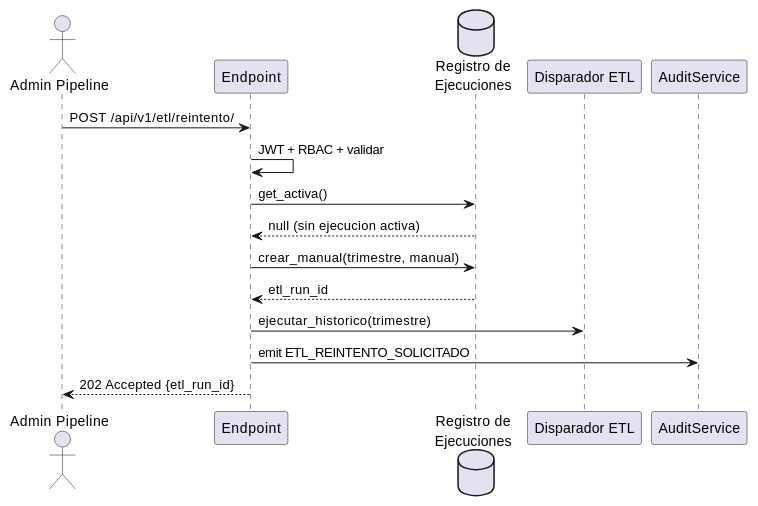
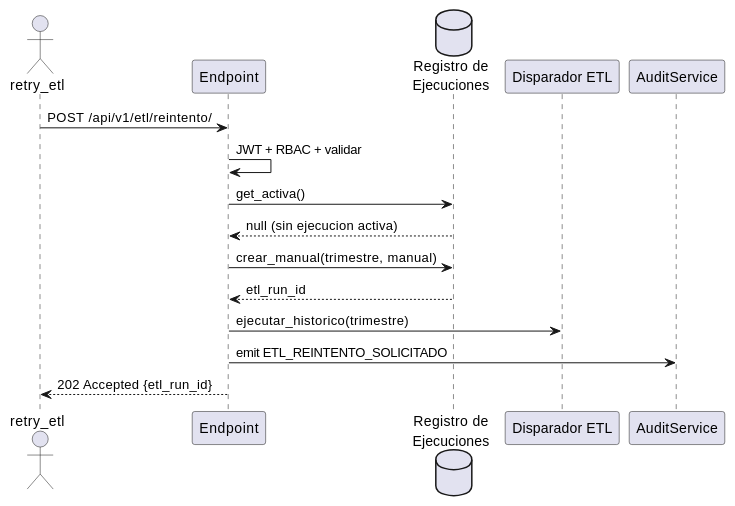
The fourth of 4 diagrams in source/requisitos/casos-uso/pipeline/uc-pip-04/diagramas-uml.rst (jcg-admin/IACT-docs), drawn with PlantUML before and after one commit. The commit also changed other lines of this file and 77 other files, not shown here.

First line of the commit message:
Enforce RBAC function names as actors in all UML diagrams

```diff
--- a/source/requisitos/casos-uso/pipeline/uc-pip-04/diagramas-uml.rst
+++ b/source/requisitos/casos-uso/pipeline/uc-pip-04/diagramas-uml.rst
@@ -59,18 +59,18 @@
 .. uml::
 
  @startuml
- actor "Admin Pipeline" as O
+ actor "retry_etl" as O
  participant "Endpoint" as E
  database "Registro de\nEjecuciones" as R
  participant "Disparador ETL" as DE
  participant "AuditService" as A
  O -> E: POST /api/v1/etl/reintento/
  E -> E: JWT + RBAC + validar
  E -> R: get_activa()
  R --> E: null (sin ejecucion activa)
  E -> R: crear_manual(trimestre, manual)
  R --> E: etl_run_id
  E -> DE: ejecutar_historico(trimestre)
  E -> A: emit ETL_REINTENTO_SOLICITADO
  E --> O: 202 Accepted {etl_run_id}
  @enduml
```
